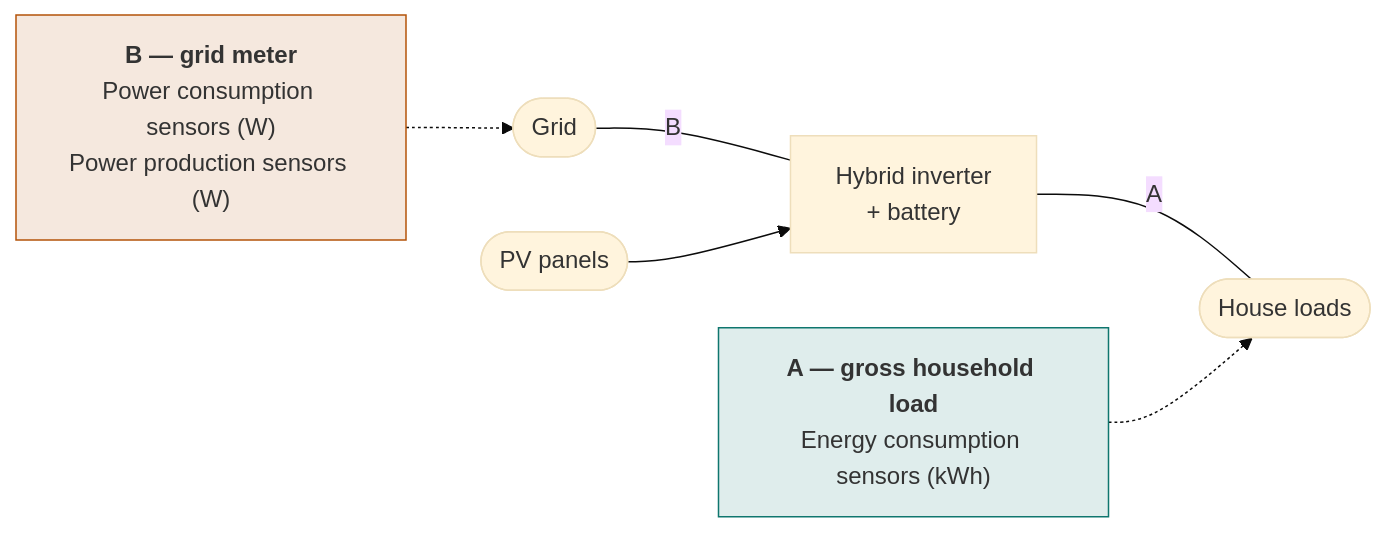
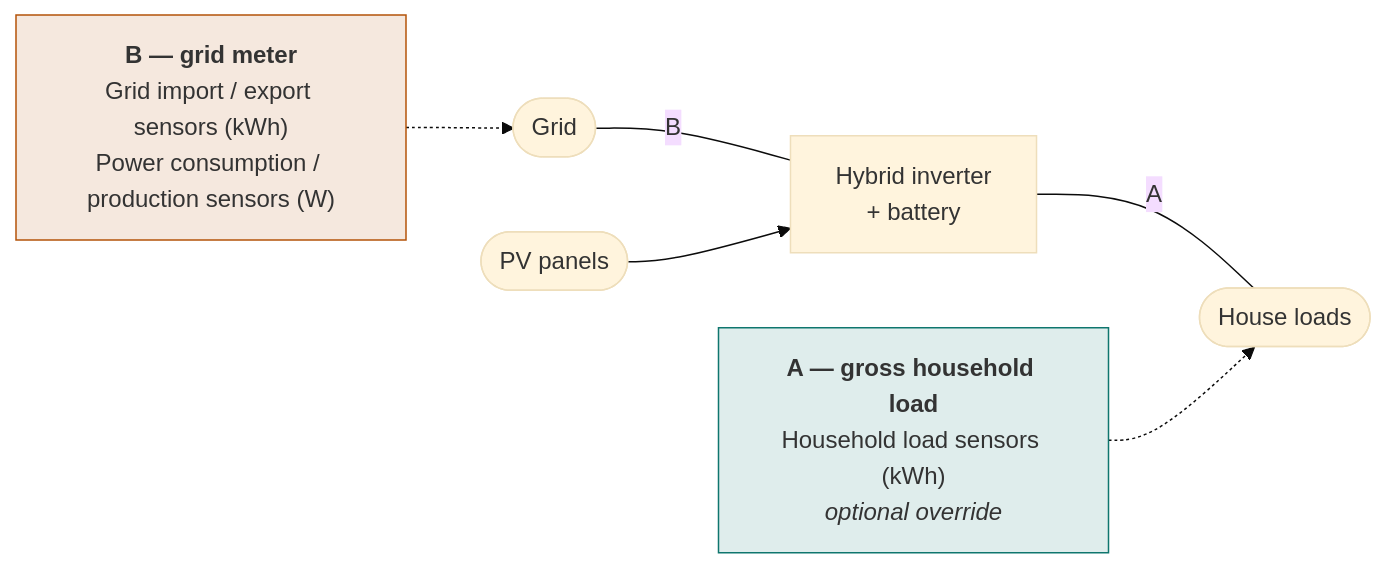
One commit to bvweerd/battery_controller changed the first of 2 diagrams in docs/configuration.md. Above: the diagram before and after it, drawn with Mermaid (base theme). The commit also changed other lines of this file and 15 other files, not shown here.

````diff
--- a/docs/configuration.md
+++ b/docs/configuration.md
@@ -37,15 +38,15 @@
 ```mermaid
 flowchart LR
     GRID(["Grid"]) ---|"B"| INV
     PV(["PV panels"]) --> INV
     INV["Hybrid inverter<br/>+ battery"] ---|"A"| HOUSE(["House loads"])
 
-    B_LBL["<b>B — grid meter</b><br/>Power consumption sensors (W)<br/>Power production sensors (W)"]
-    A_LBL["<b>A — gross household load</b><br/>Energy consumption sensors (kWh)"]
+    B_LBL["<b>B — grid meter</b><br/>Grid import / export sensors (kWh)<br/>Power consumption / production sensors (W)"]
+    A_LBL["<b>A — gross household load</b><br/>Household load sensors (kWh)<br/><i>optional override</i>"]
 
     B_LBL -.-> GRID
     A_LBL -.-> HOUSE
 
     style B_LBL fill:#b4530922,stroke:#b45309
     style A_LBL fill:#0f766e22,stroke:#0f766e
 ```
````
